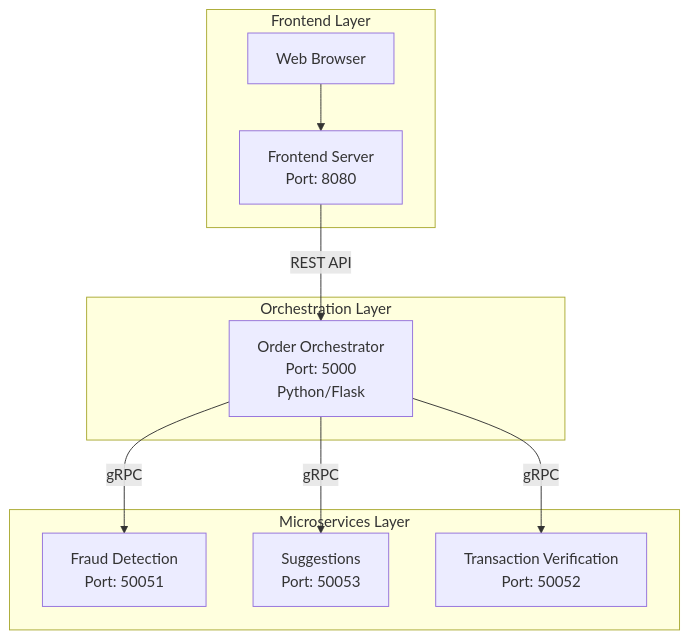
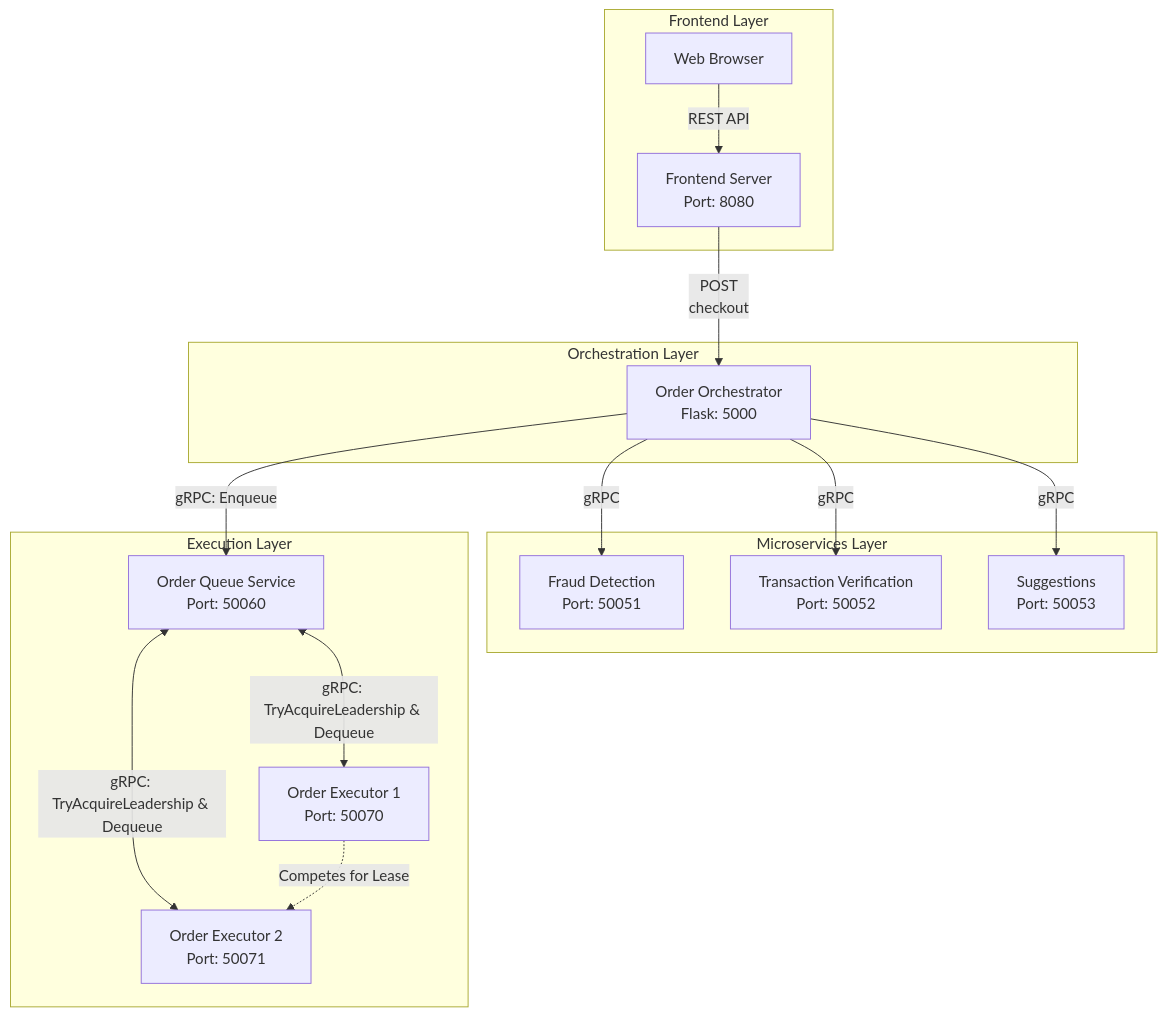
One commit to mharisirfan/ds-practice-2025 changed the first of 2 diagrams in README.md. Above: the diagram before and after it, drawn with Mermaid.

Commit message:
Added the execution layer to the system architecture graph in README.md

````diff
--- a/README.md
+++ b/README.md
@@ -10,15 +10,26 @@
 ```mermaid
 graph TD
     subgraph "Frontend Layer"
-        A[Web Browser] --> B[Frontend Server<br/>Port: 8080<br/>]
+        A[Web Browser] -->|REST API| B[Frontend Server<br/>Port: 8080]
     end 
+
     subgraph "Orchestration Layer"
-        B -->|REST API| C[Order Orchestrator<br/>Port: 5000<br/>Python/Flask]
+        B -->|POST<br/>checkout| C[Order Orchestrator<br/>Flask: 5000]
     end    
+
     subgraph "Microservices Layer"
         C -->|gRPC| D[Fraud Detection<br/>Port: 50051]
-        C -->|gRPC| E[Suggestions<br/>Port: 50053]
-        C -->|gRPC| F[Transaction Verification<br/>Port: 50052]
+        C -->|gRPC| E[Transaction Verification<br/>Port: 50052]
+        C -->|gRPC| F[Suggestions<br/>Port: 50053]
     end
 
+    subgraph "Execution Layer"
+        C -->|gRPC: Enqueue| G[Order Queue Service<br/>Port: 50060]
+        
+        G <-->|gRPC: TryAcquireLeadership & Dequeue| H1[Order Executor 1<br/>Port: 50070]
+        G <-->|gRPC: TryAcquireLeadership & Dequeue| H2[Order Executor 2<br/>Port: 50071]
+        
+        %% Represents the lease-based leader state held in the queue
+        H1 -.->|Competes for Lease| H2
+    end
 ```
````
